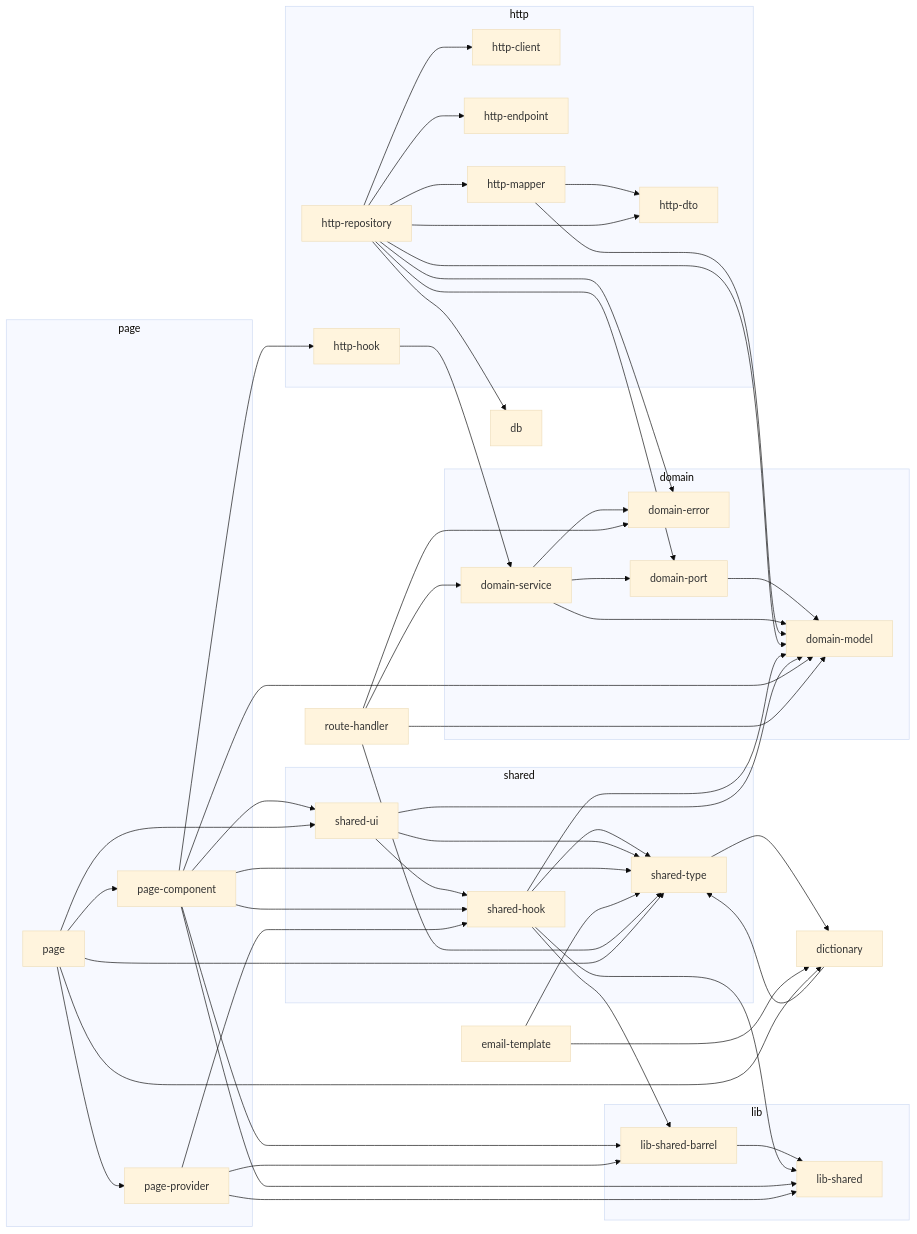
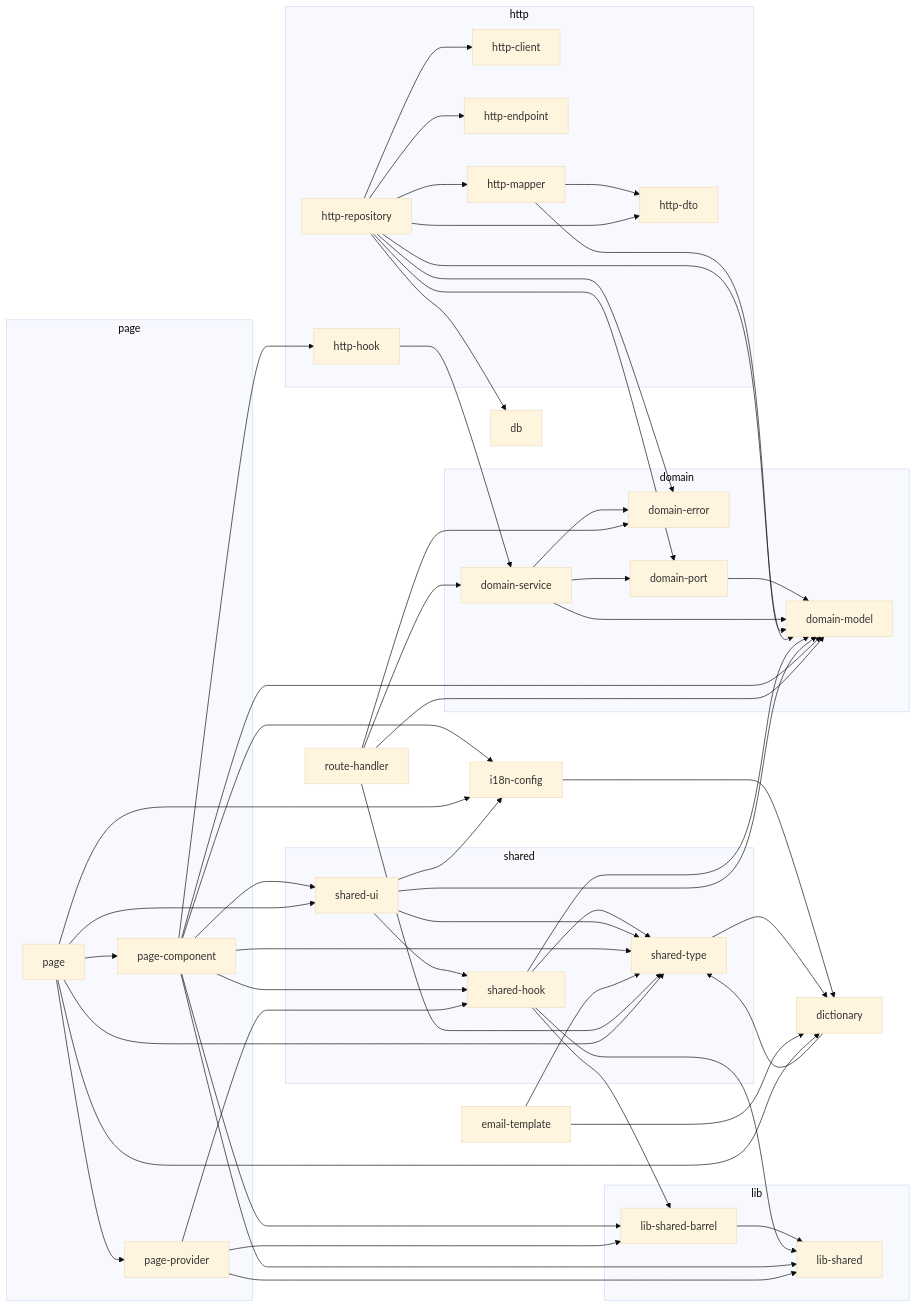
Before and after one commit to JosephNK/jkit-code-plugin: the diagram in rules/nextjs/base/lint-rules-diagram.md, drawn with Mermaid (base theme). The commit also changed 8 other files, not shown here.

````diff
--- a/rules/nextjs/base/lint-rules-diagram.md
+++ b/rules/nextjs/base/lint-rules-diagram.md
@@ -38,6 +38,7 @@
     page["page"]
   end
   db["db"]
+  i18n_config["i18n-config"]
   dictionary["dictionary"]
   email_template["email-template"]
   route_handler["route-handler"]
@@ -64,6 +65,7 @@
   shared_ui --> domain_model
   shared_ui --> shared_hook
   shared_ui --> shared_type
+  shared_ui --> i18n_config
   page_component --> http_hook
   page_component --> shared_ui
   page_component --> shared_hook
@@ -71,10 +73,12 @@
   page_component --> lib_shared
   page_component --> lib_shared_barrel
   page_component --> shared_type
+  page_component --> i18n_config
   page_provider --> lib_shared
   page_provider --> lib_shared_barrel
   page_provider --> shared_hook
   dictionary --> shared_type
+  i18n_config --> dictionary
   shared_type --> dictionary
   email_template --> dictionary
   email_template --> shared_type
@@ -87,4 +91,5 @@
   page --> shared_ui
   page --> dictionary
   page --> shared_type
+  page --> i18n_config
 ```
````
